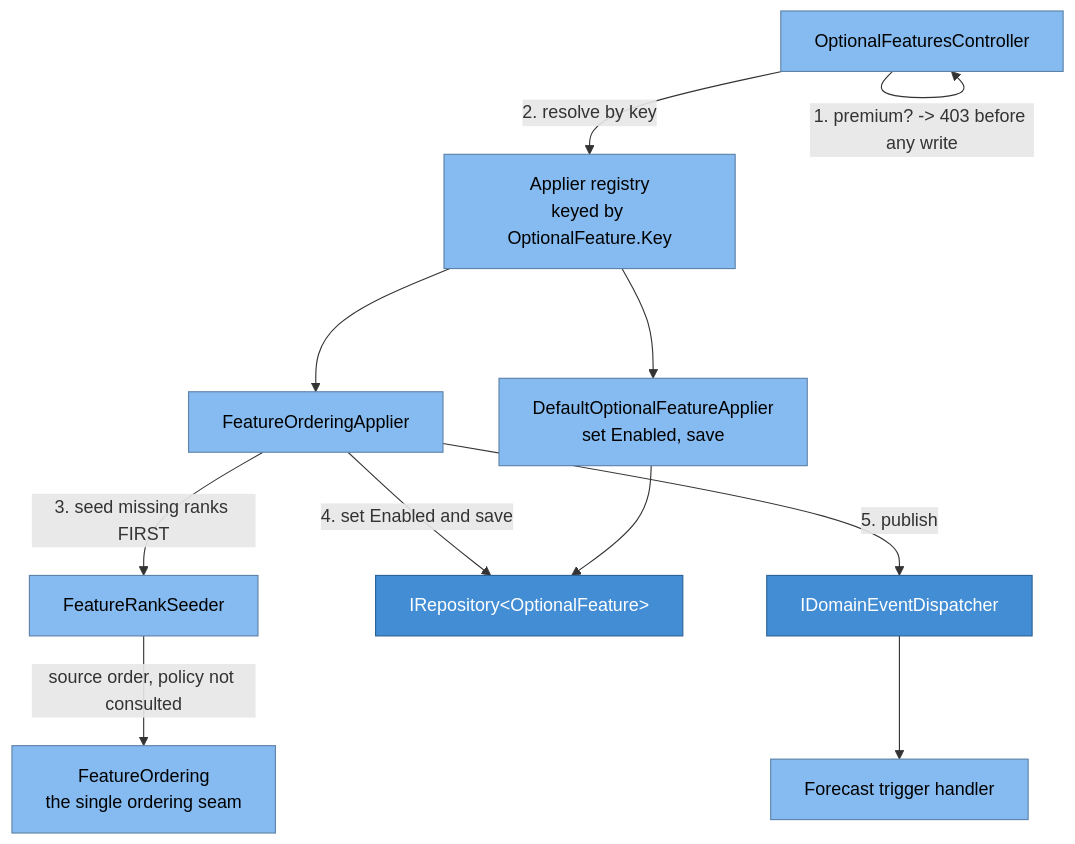
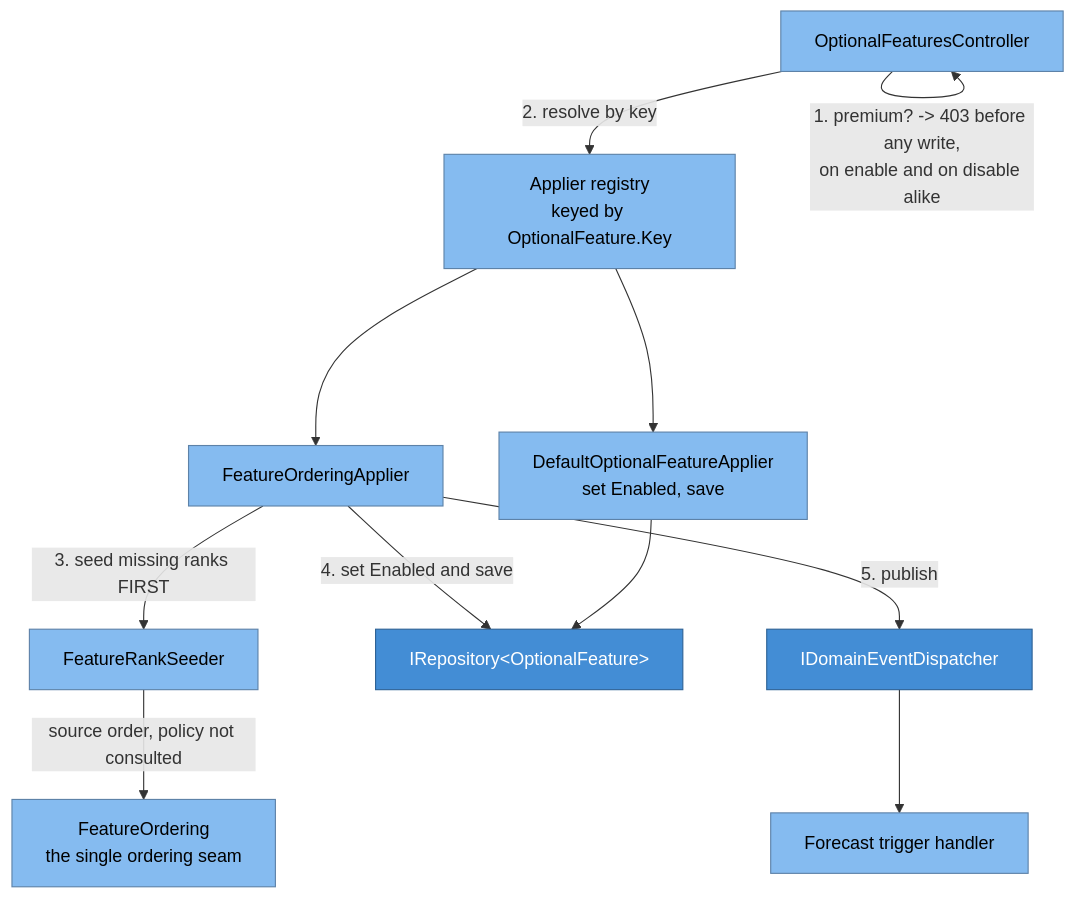
One commit to LetPeopleWork/Lighthouse changed the third of 3 diagrams in docs/feature/story-5876-behaviour-settings/feature-delta.md. Above: the diagram before and after it, drawn with Mermaid. The commit also changed other lines of this file and 2 other files, not shown here.

````diff
--- a/docs/feature/story-5876-behaviour-settings/feature-delta.md
+++ b/docs/feature/story-5876-behaviour-settings/feature-delta.md
@@ -629,28 +674,28 @@
 ```mermaid
 graph TB
     ctrl["OptionalFeaturesController"]
     reg["Applier registry<br/>keyed by OptionalFeature.Key"]
     def["DefaultOptionalFeatureApplier<br/>set Enabled, save"]
     ord["FeatureOrderingApplier"]
     seeder["FeatureRankSeeder"]
     ordering["FeatureOrdering<br/>the single ordering seam"]
     repo["IRepository&lt;OptionalFeature&gt;"]
     bus["IDomainEventDispatcher"]
     fc["Forecast trigger handler"]
 
-    ctrl -->|"1. premium? -> 403 before any write"| ctrl
+    ctrl -->|"1. premium? -> 403 before any write,<br/>on enable and on disable alike"| ctrl
     ctrl -->|2. resolve by key| reg
     reg --> def
     reg --> ord
     ord -->|"3. seed missing ranks FIRST"| seeder
     seeder -->|"source order, policy not consulted"| ordering
     ord -->|4. set Enabled and save| repo
     ord -->|5. publish| bus
     bus --> fc
     def --> repo
 
     classDef comp fill:#85bbf0,stroke:#5d82a8,color:#000
     classDef store fill:#438dd5,stroke:#2e6295,color:#fff
     class ctrl,reg,def,ord,seeder,ordering,fc comp
     class repo,bus store
 ```
````
